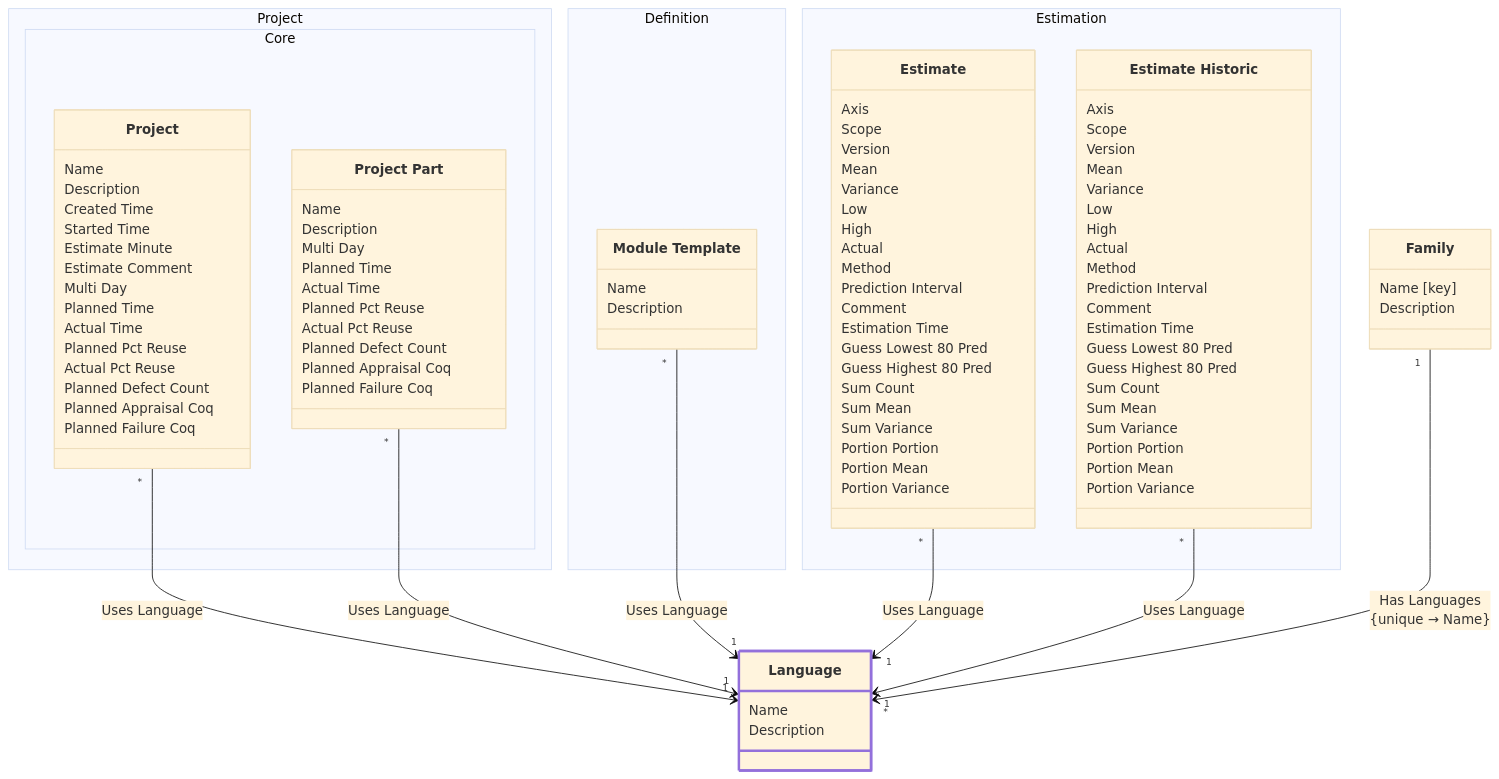
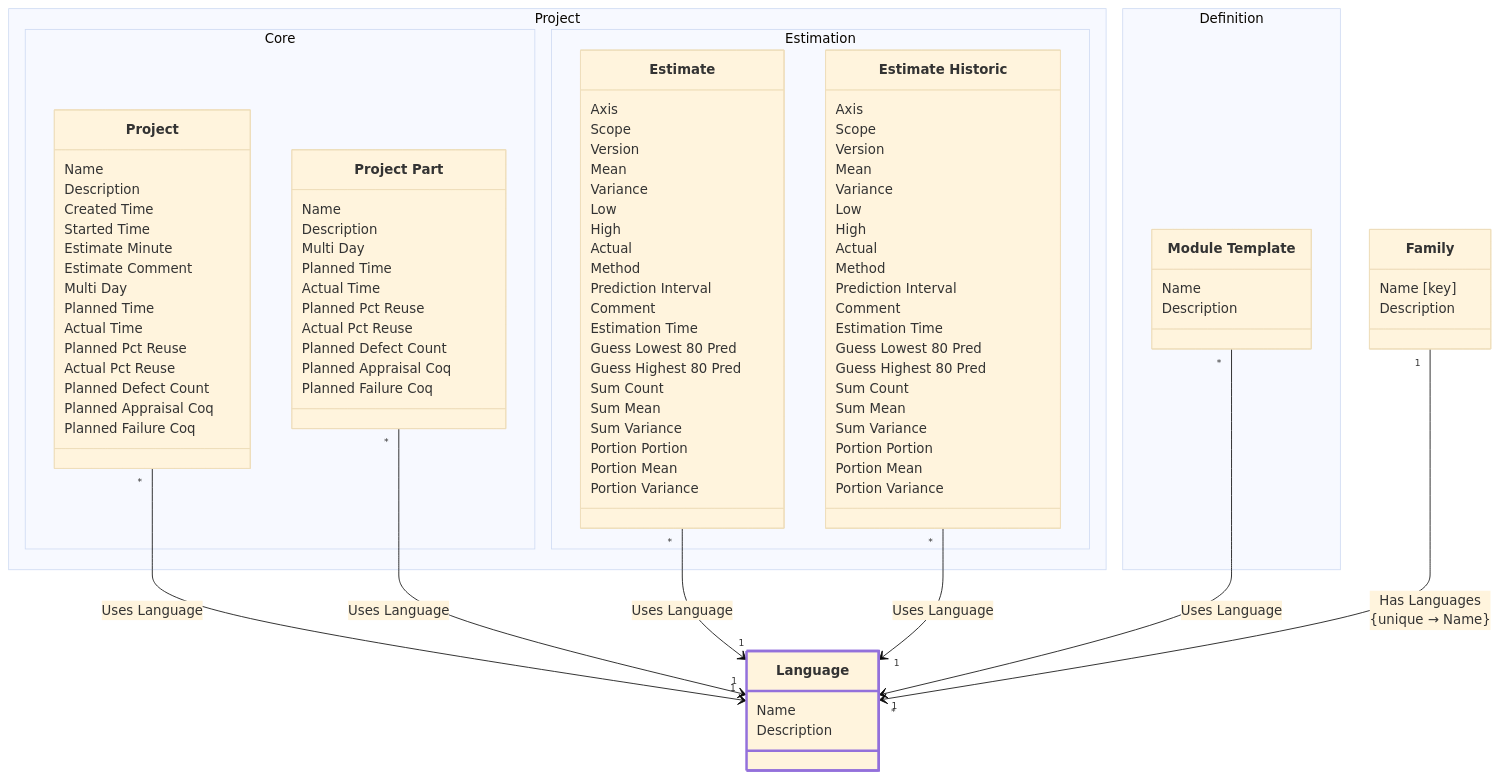
The diagram in examples/requirements/req/output/development/class-domain.process.subdomain.family.class.language.md (glemzurg/glemzurg), drawn with Mermaid (base theme) before and after one commit. The commit also changed other lines of this file and 103 other files, not shown here.

````diff
--- a/examples/requirements/req/output/development/class-domain.process.subdomain.family.class.language.md
+++ b/examples/requirements/req/output/development/class-domain.process.subdomain.family.class.language.md
@@ -40,52 +40,6 @@
 class class_domain_process_subdomain_definition_class_module_template["Module Template"] {
             Name
             Description
-        }
-}
-namespace Estimation {
-class class_domain_process_subdomain_estimation_class_estimate["Estimate"] {
-            Axis
-            Scope
-            Version
-            Mean
-            Variance
-            Low
-            High
-            Actual
-            Method
-            Prediction Interval
-            Comment
-            Estimation Time
-            Guess Lowest 80 Pred
-            Guess Highest 80 Pred
-            Sum Count
-            Sum Mean
-            Sum Variance
-            Portion Portion
-            Portion Mean
-            Portion Variance
-        }
-class class_domain_process_subdomain_estimation_class_estimate_historic["Estimate Historic"] {
-            Axis
-            Scope
-            Version
-            Mean
-            Variance
-            Low
-            High
-            Actual
-            Method
-            Prediction Interval
-            Comment
-            Estimation Time
-            Guess Lowest 80 Pred
-            Guess Highest 80 Pred
-            Sum Count
-            Sum Mean
-            Sum Variance
-            Portion Portion
-            Portion Mean
-            Portion Variance
         }
 }
 namespace Project.Core {
@@ -118,12 +72,58 @@
             Planned Failure Coq
         }
 }
+namespace Project.Estimation {
+class class_domain_project_subdomain_estimation_class_estimate["Estimate"] {
+            Axis
+            Scope
+            Version
+            Mean
+            Variance
+            Low
+            High
+            Actual
+            Method
+            Prediction Interval
+            Comment
+            Estimation Time
+            Guess Lowest 80 Pred
+            Guess Highest 80 Pred
+            Sum Count
+            Sum Mean
+            Sum Variance
+            Portion Portion
+            Portion Mean
+            Portion Variance
+        }
+class class_domain_project_subdomain_estimation_class_estimate_historic["Estimate Historic"] {
+            Axis
+            Scope
+            Version
+            Mean
+            Variance
+            Low
+            High
+            Actual
+            Method
+            Prediction Interval
+            Comment
+            Estimation Time
+            Guess Lowest 80 Pred
+            Guess Highest 80 Pred
+            Sum Count
+            Sum Mean
+            Sum Variance
+            Portion Portion
+            Portion Mean
+            Portion Variance
+        }
+}
 style class_domain_process_subdomain_family_class_language stroke:#9370DB,stroke-width:3px
 class_domain_project_subdomain_core_class_project "*" --> "1" class_domain_process_subdomain_family_class_language : Uses Language
 class_domain_project_subdomain_core_class_project_part "*" --> "1" class_domain_process_subdomain_family_class_language : Uses Language
+class_domain_project_subdomain_estimation_class_estimate "*" --> "1" class_domain_process_subdomain_family_class_language : Uses Language
+class_domain_project_subdomain_estimation_class_estimate_historic "*" --> "1" class_domain_process_subdomain_family_class_language : Uses Language
 class_domain_process_subdomain_definition_class_module_template "*" --> "1" class_domain_process_subdomain_family_class_language : Uses Language
-class_domain_process_subdomain_estimation_class_estimate "*" --> "1" class_domain_process_subdomain_family_class_language : Uses Language
-class_domain_process_subdomain_estimation_class_estimate_historic "*" --> "1" class_domain_process_subdomain_family_class_language : Uses Language
 class_domain_process_subdomain_family_class_family "1" --> "*" class_domain_process_subdomain_family_class_language : Has Languages<br/>{unique → Name}
 
 ```
````
